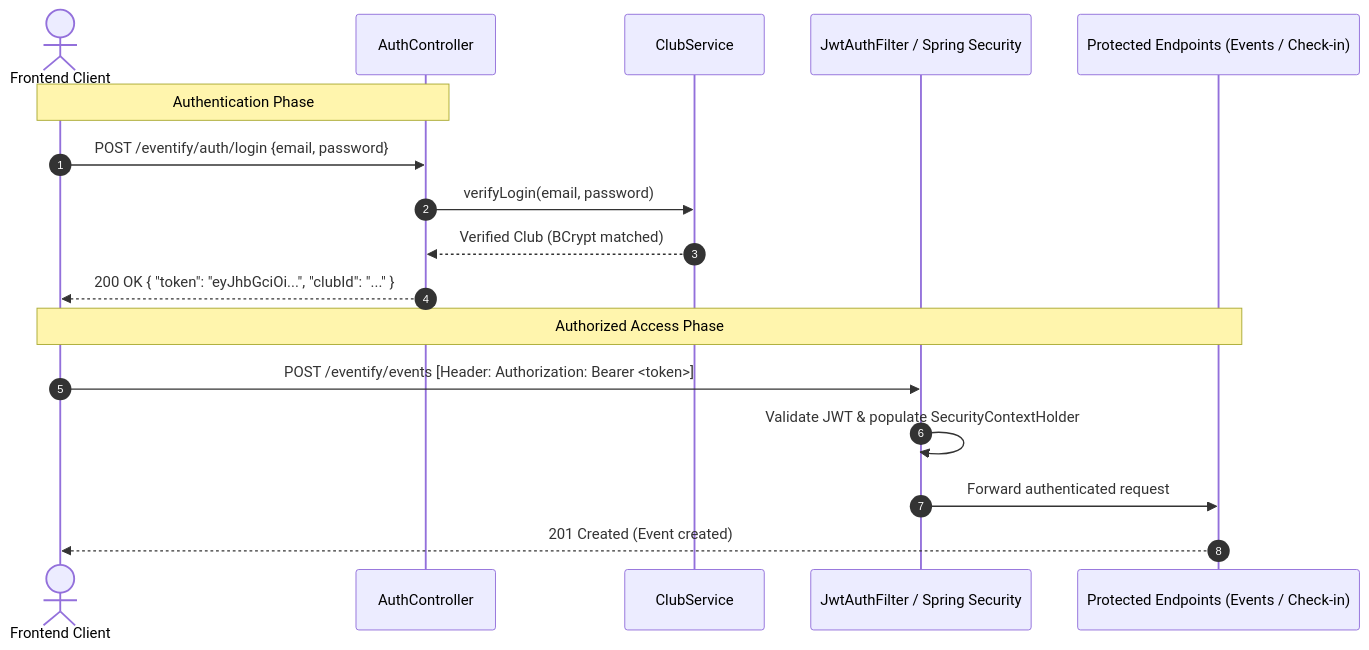
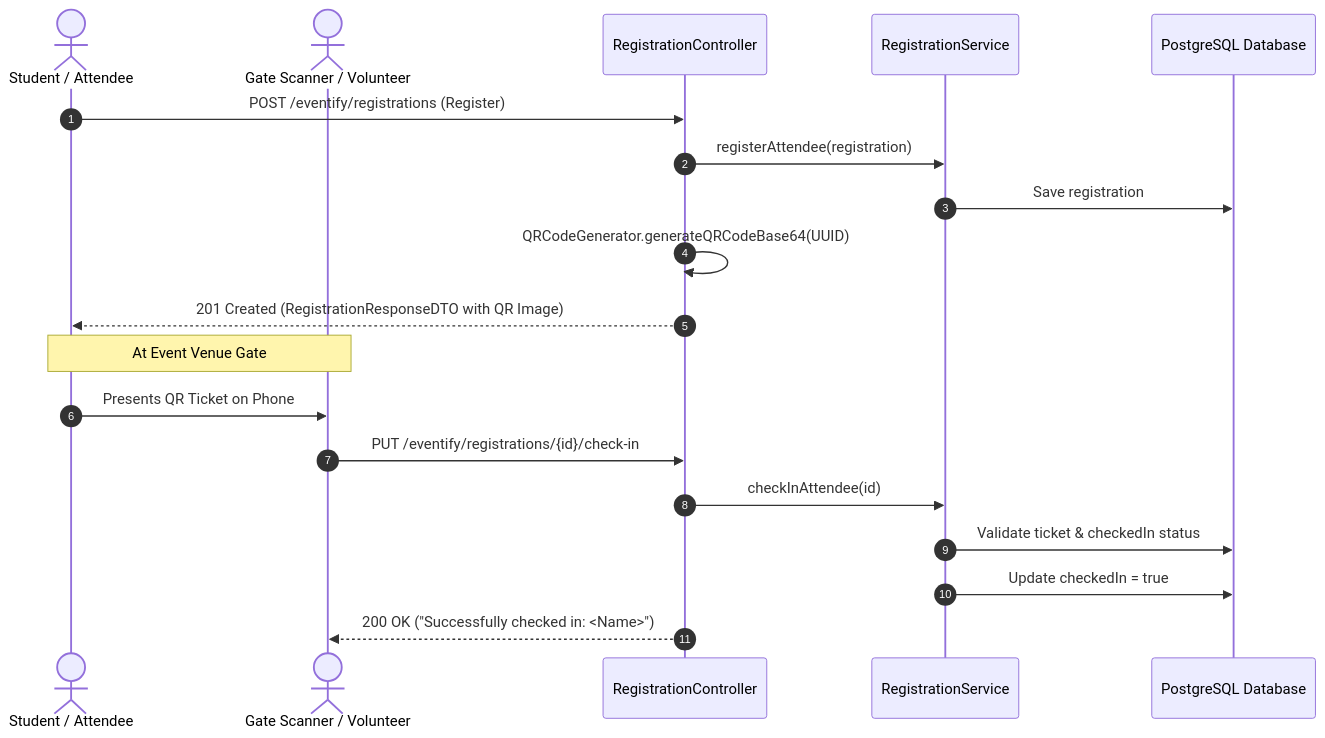
One commit to Geet-Prince/eventify changed the second of 2 diagrams in README.md. Above: the diagram before and after it, drawn with Mermaid. The commit also changed other lines of this file and 10 other files, not shown here.

First line of the commit message:
feat: part 3 of development - QR code ticketing, public gate check-in & input validation

````diff
--- a/README.md
+++ b/README.md
@@ -185,21 +310,23 @@
 ```mermaid
 sequenceDiagram
     autonumber
-    actor Client as Frontend Client
-    participant Auth as AuthController
-    participant Svc as ClubService
-    participant Sec as JwtAuthFilter / Spring Security
-    participant API as Protected Endpoints (Events / Check-in)
+    actor Attendee as Student / Attendee
+    actor Scanner as Gate Scanner / Volunteer
+    participant Controller as RegistrationController
+    participant Service as RegistrationService
+    participant DB as PostgreSQL Database
 
-    Note over Client,Auth: Authentication Phase
-    Client->>Auth: POST /eventify/auth/login {email, password}
-    Auth->>Svc: verifyLogin(email, password)
-    Svc-->>Auth: Verified Club (BCrypt matched)
-    Auth-->>Client: 200 OK { "token": "eyJhbGciOi...", "clubId": "..." }
+    Attendee->>Controller: POST /eventify/registrations (Register)
+    Controller->>Service: registerAttendee(registration)
+    Service->>DB: Save registration
+    Controller->>Controller: QRCodeGenerator.generateQRCodeBase64(UUID)
+    Controller-->>Attendee: 201 Created (RegistrationResponseDTO with QR Image)
 
-    Note over Client,API: Authorized Access Phase
-    Client->>Sec: POST /eventify/events [Header: Authorization: Bearer <token>]
-    Sec->>Sec: Validate JWT & populate SecurityContextHolder
-    Sec->>API: Forward authenticated request
-    API-->>Client: 201 Created (Event created)
+    Note over Attendee,Scanner: At Event Venue Gate
+    Attendee->>Scanner: Presents QR Ticket on Phone
+    Scanner->>Controller: PUT /eventify/registrations/{id}/check-in
+    Controller->>Service: checkInAttendee(id)
+    Service->>DB: Validate ticket & checkedIn status
+    Service->>DB: Update checkedIn = true
+    Controller-->>Scanner: 200 OK ("Successfully checked in: <Name>")
 ```
````
